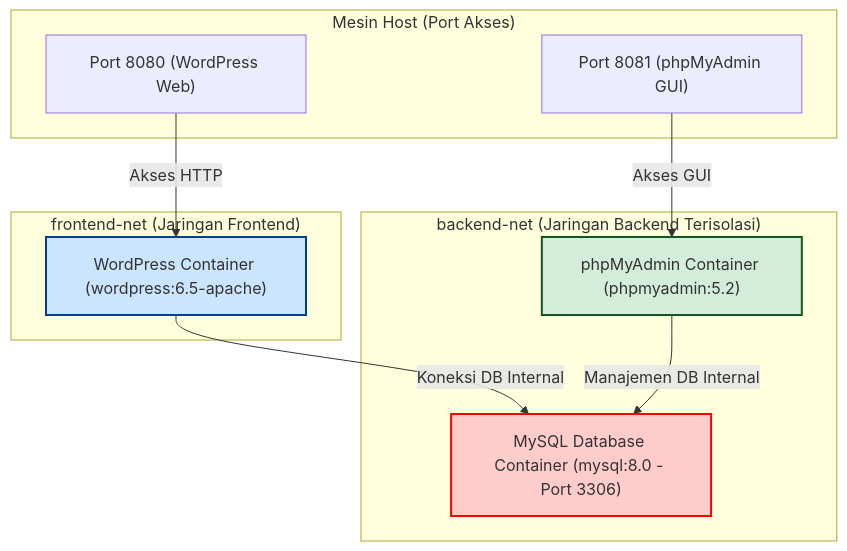
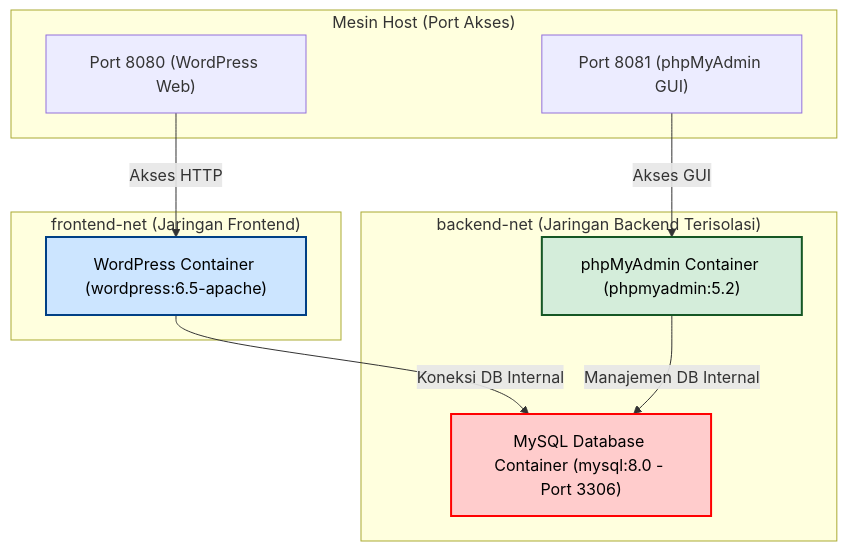
Before and after one commit to xafiertect/UAS_cloud_computing: the diagram in README.md, drawn with Mermaid. The commit also changed 1 other file, not shown here.

Commit message:
fix text readability in mermaid diagram

````diff
--- a/README.md
+++ b/README.md
@@ -33,26 +33,26 @@
 ```mermaid
 graph TD
     subgraph Host ["Mesin Host (Port Akses)"]
         P8080["Port 8080 (WordPress Web)"]
         P8081["Port 8081 (phpMyAdmin GUI)"]
     end
 
     subgraph FrontendNet ["frontend-net (Jaringan Frontend)"]
         WP["WordPress Container (wordpress:6.5-apache)"]
     end
 
     subgraph BackendNet ["backend-net (Jaringan Backend Terisolasi)"]
         WP
         DB["MySQL Database Container (mysql:8.0 - Port 3306)"]
         PMA["phpMyAdmin Container (phpmyadmin:5.2)"]
     end
 
     P8080 -->|Akses HTTP| WP
     P8081 -->|Akses GUI| PMA
     WP -->|Koneksi DB Internal| DB
     PMA -->|Manajemen DB Internal| DB
     
-    style DB fill:#ffcccc,stroke:#ff0000,stroke-width:2px
-    style WP fill:#cce5ff,stroke:#004085,stroke-width:2px
-    style PMA fill:#d4edda,stroke:#155724,stroke-width:2px
+    style DB fill:#ffcccc,stroke:#ff0000,stroke-width:2px,color:#000
+    style WP fill:#cce5ff,stroke:#004085,stroke-width:2px,color:#000
+    style PMA fill:#d4edda,stroke:#155724,stroke-width:2px,color:#000
 ```
````
